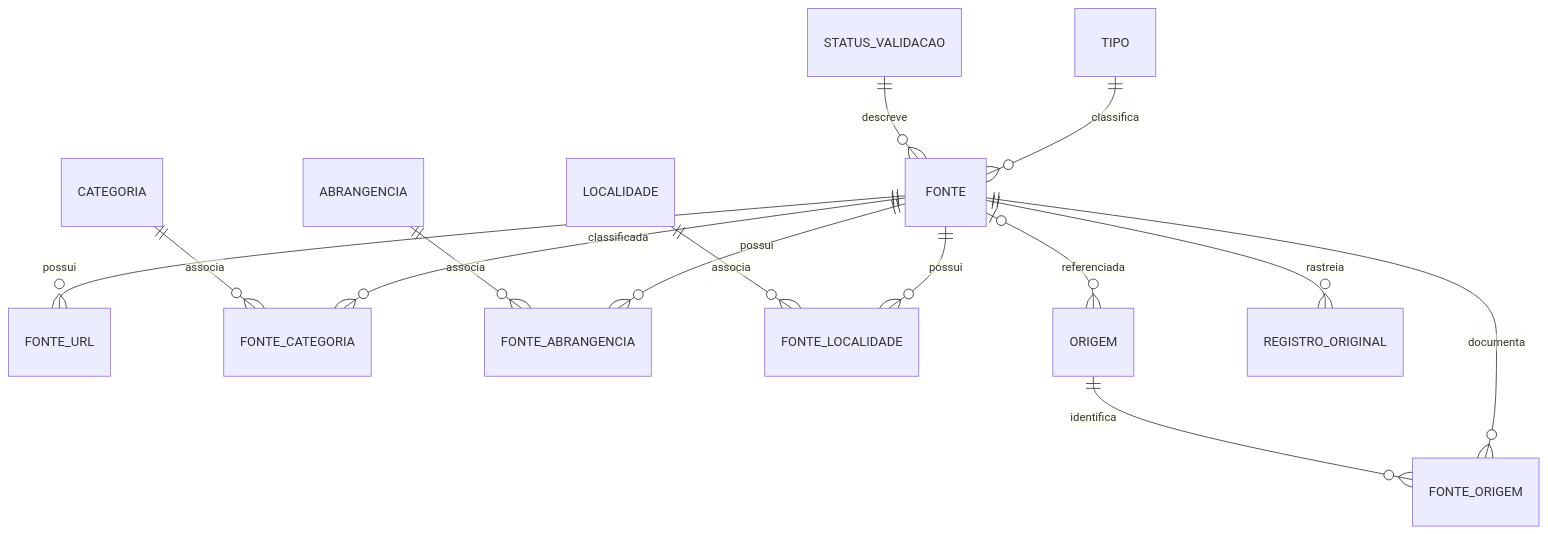
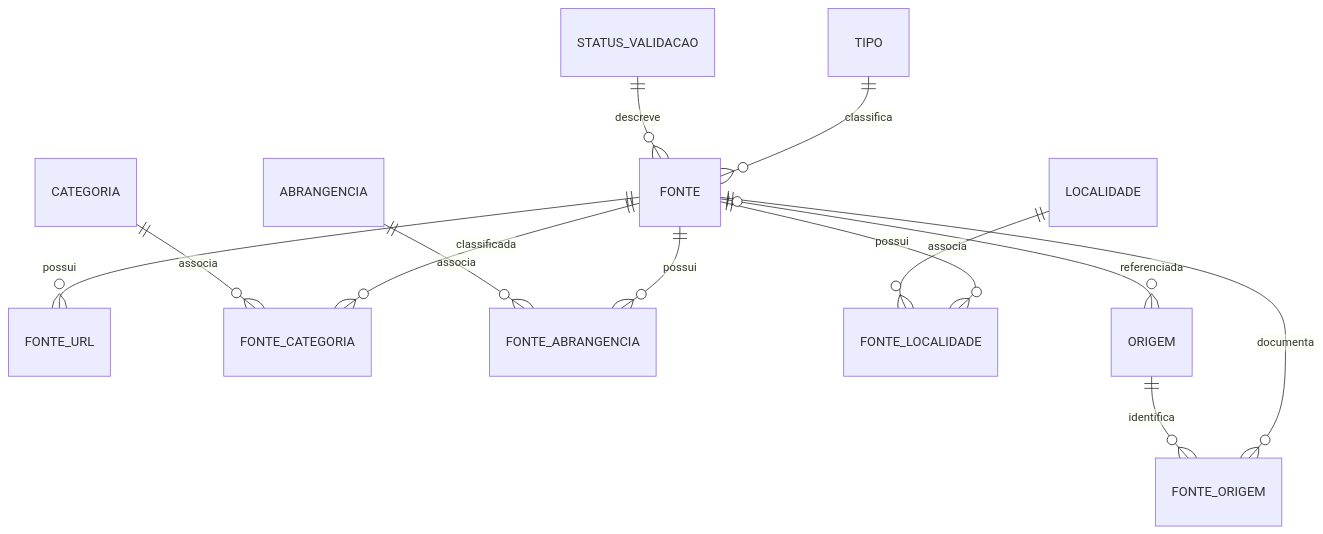
One commit to Rondoscopio/fontes-publicas changed the diagram in docs/catalogo-relacional.md. Above: the diagram before and after it, drawn with Mermaid. The commit also changed other lines of this file and 5 other files, not shown here.

````diff
--- a/docs/catalogo-relacional.md
+++ b/docs/catalogo-relacional.md
@@ -29,16 +29,15 @@
 ```mermaid
 erDiagram
     FONTE ||--o{ FONTE_URL : possui
     FONTE ||--o{ FONTE_CATEGORIA : classificada
     CATEGORIA ||--o{ FONTE_CATEGORIA : associa
     TIPO ||--o{ FONTE : classifica
     STATUS_VALIDACAO ||--o{ FONTE : descreve
     FONTE ||--o{ FONTE_ABRANGENCIA : possui
     ABRANGENCIA ||--o{ FONTE_ABRANGENCIA : associa
     FONTE ||--o{ FONTE_LOCALIDADE : possui
     LOCALIDADE ||--o{ FONTE_LOCALIDADE : associa
     FONTE ||--o{ FONTE_ORIGEM : documenta
     ORIGEM ||--o{ FONTE_ORIGEM : identifica
     FONTE o|--o{ ORIGEM : referenciada
-    FONTE ||--o{ REGISTRO_ORIGINAL : rastreia
 ```
````
